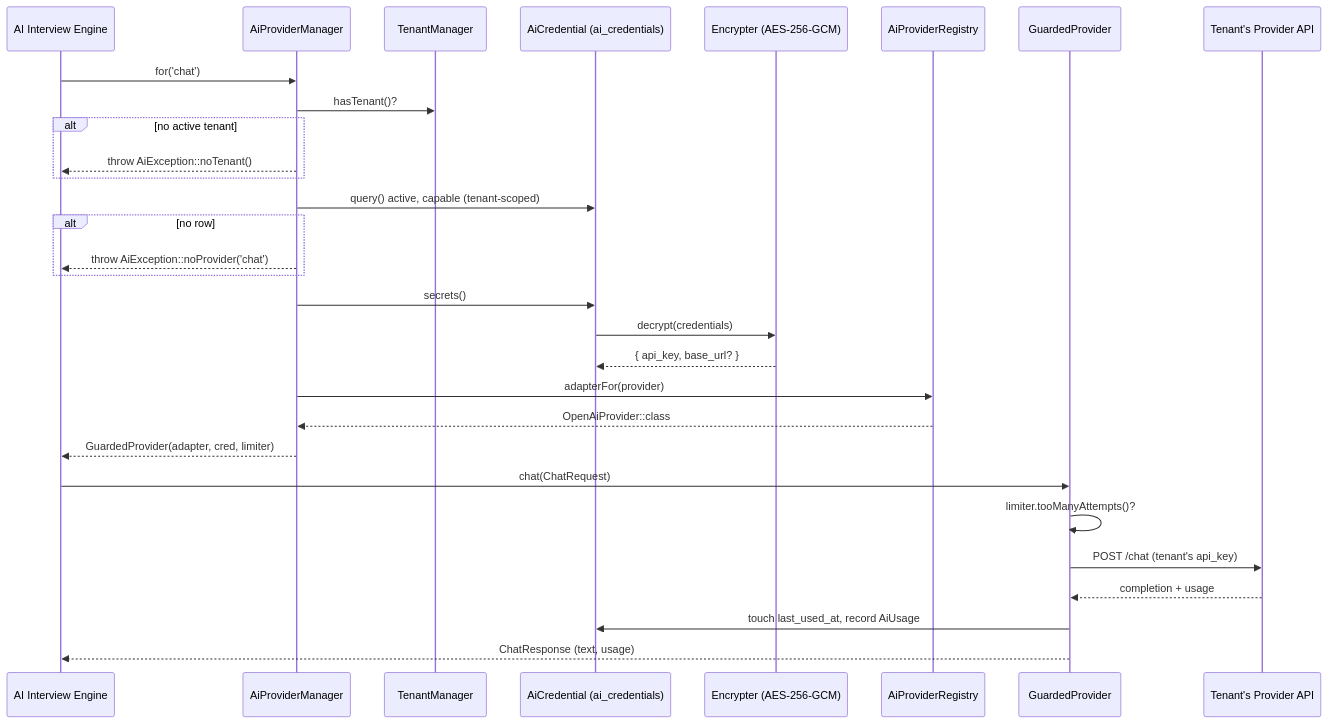
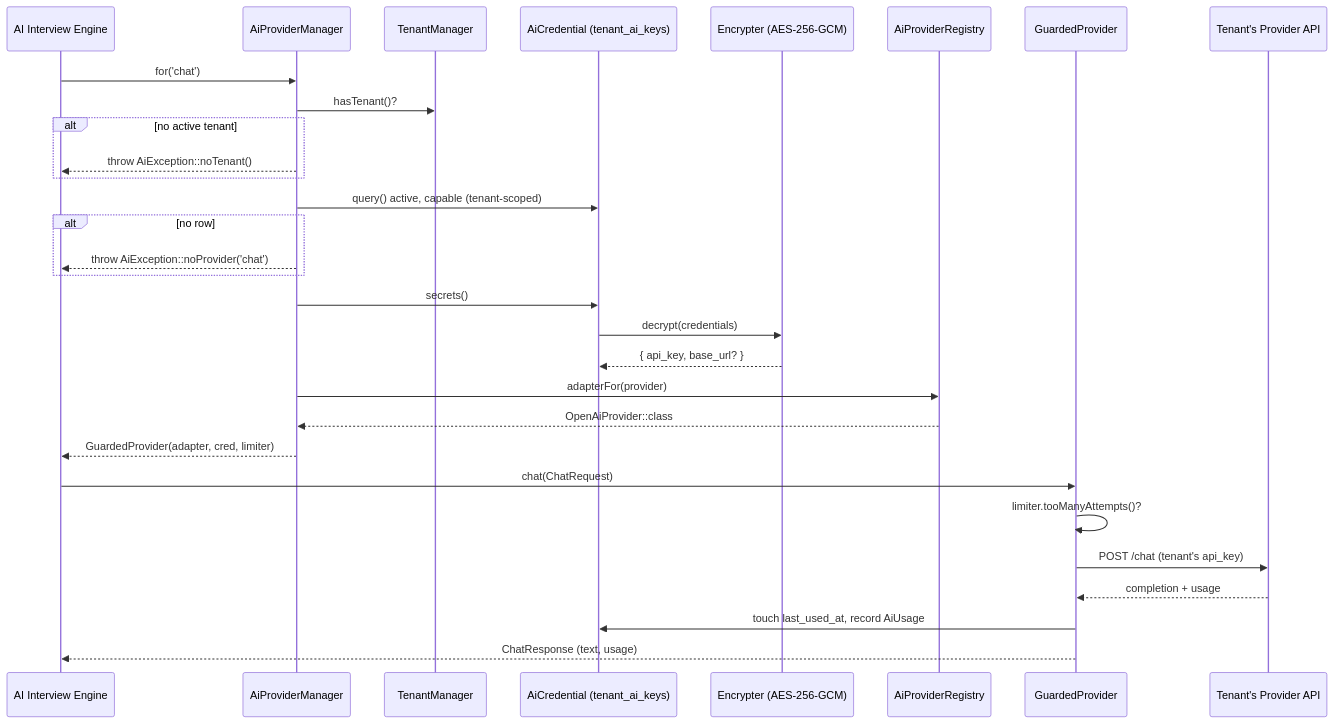
The second of 2 diagrams in docs/16-AI-Architecture.md (ammarnabileg/crm), drawn with Mermaid before and after one commit. The commit also changed other lines of this file and 26 other files, not shown here.

````diff
--- a/docs/16-AI-Architecture.md
+++ b/docs/16-AI-Architecture.md
@@ -259,33 +259,33 @@
 ```mermaid
 sequenceDiagram
     participant Engine as AI Interview Engine
     participant Mgr as AiProviderManager
     participant Tenant as TenantManager
-    participant Cred as AiCredential (ai_credentials)
+    participant Cred as AiCredential (tenant_ai_keys)
     participant Enc as Encrypter (AES-256-GCM)
     participant Reg as AiProviderRegistry
     participant Guard as GuardedProvider
     participant Vendor as Tenant's Provider API
 
     Engine->>Mgr: for('chat')
     Mgr->>Tenant: hasTenant()?
     alt no active tenant
         Mgr-->>Engine: throw AiException::noTenant()
     end
     Mgr->>Cred: query() active, capable (tenant-scoped)
     alt no row
         Mgr-->>Engine: throw AiException::noProvider('chat')
     end
     Mgr->>Cred: secrets()
     Cred->>Enc: decrypt(credentials)
     Enc-->>Cred: { api_key, base_url? }
     Mgr->>Reg: adapterFor(provider)
     Reg-->>Mgr: OpenAiProvider::class
     Mgr-->>Engine: GuardedProvider(adapter, cred, limiter)
     Engine->>Guard: chat(ChatRequest)
     Guard->>Guard: limiter.tooManyAttempts()?
     Guard->>Vendor: POST /chat (tenant's api_key)
     Vendor-->>Guard: completion + usage
     Guard->>Cred: touch last_used_at, record AiUsage
     Guard-->>Engine: ChatResponse (text, usage)
 ```
````
